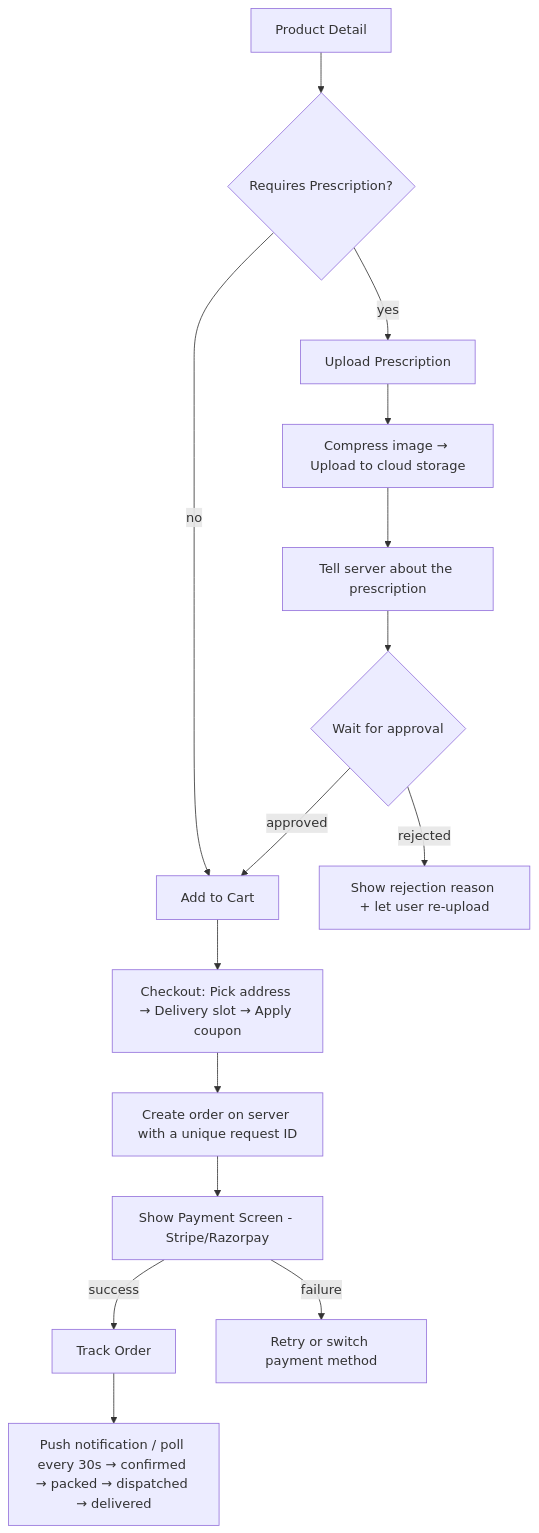
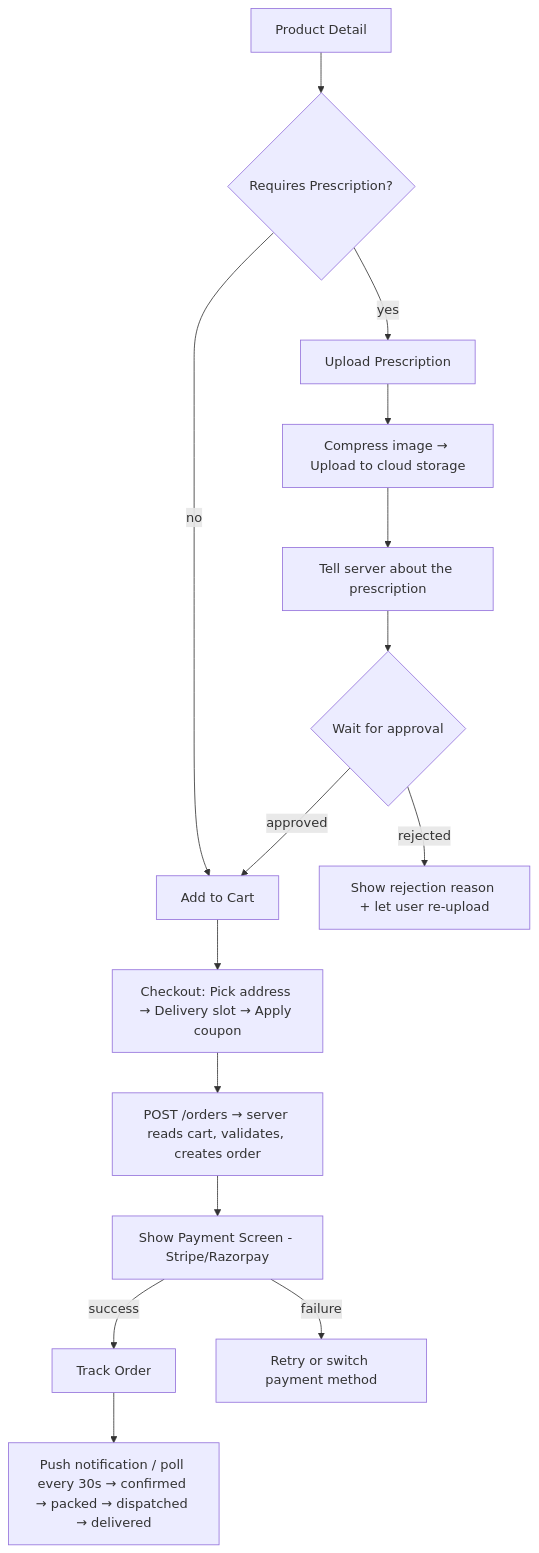
One commit to shubhamd99/private-learnings changed the diagram in GreatFrontend/SystemDesign/DesignMedicineOrderFlow.md. Above: the diagram before and after it, drawn with Mermaid. The commit also changed other lines of this file, not shown here.

Commit message:
design medicine order flow

````diff
--- a/GreatFrontend/SystemDesign/DesignMedicineOrderFlow.md
+++ b/GreatFrontend/SystemDesign/DesignMedicineOrderFlow.md
@@ -5,18 +5,18 @@
 ```mermaid
 graph TD
     PDP[Product Detail] --> RX{Requires Prescription?}
     RX -->|no| CART[Add to Cart]
     RX -->|yes| RX_UPLOAD[Upload Prescription]
     RX_UPLOAD --> UPLOAD_S3[Compress image → Upload to cloud storage]
     UPLOAD_S3 --> POST_RX[Tell server about the prescription]
     POST_RX --> POLL{Wait for approval}
     POLL -->|approved| CART
     POLL -->|rejected| REJECT[Show rejection reason + let user re-upload]
 
     CART --> CHECKOUT[Checkout: Pick address → Delivery slot → Apply coupon]
-    CHECKOUT --> INIT_ORDER[Create order on server with a unique request ID]
+    CHECKOUT --> INIT_ORDER[POST /orders → server reads cart, validates, creates order]
     INIT_ORDER --> SHEET[Show Payment Screen - Stripe/Razorpay]
     SHEET -->|success| TRACK[Track Order]
     SHEET -->|failure| RETRY[Retry or switch payment method]
     TRACK --> STATUS[Push notification / poll every 30s → confirmed → packed → dispatched → delivered]
 ```
````
